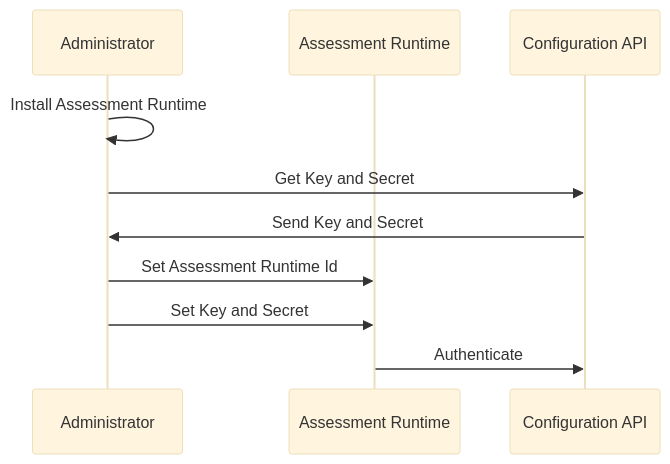
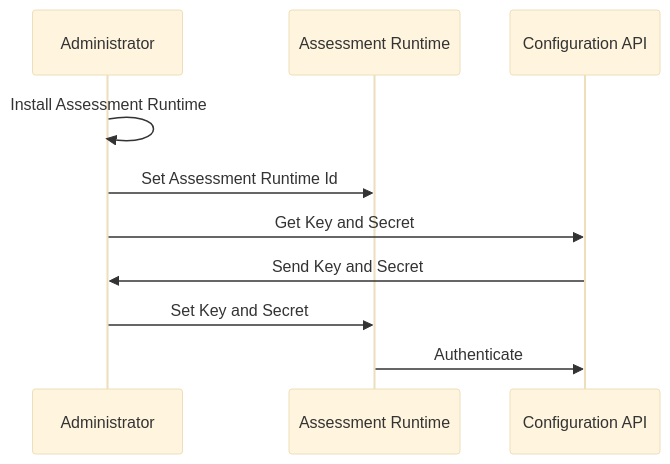
Before and after one commit to compliance-framework/docs: the diagram in docs/architecture/assessment-runtime/authentication.md, drawn with Mermaid (base theme). The commit also changed other lines of this file and 4 other files, not shown here.

````diff
--- a/docs/architecture/assessment-runtime/authentication.md
+++ b/docs/architecture/assessment-runtime/authentication.md
@@ -10,13 +10,13 @@
 ```mermaid
 sequenceDiagram
     participant Administrator
     participant Assessment Runtime
     participant Configuration API
 
     Administrator ->> Administrator: Install Assessment Runtime
+    Administrator ->> Assessment Runtime: Set Assessment Runtime Id
     Administrator ->> Configuration API: Get Key and Secret
     Configuration API ->> Administrator: Send Key and Secret
-    Administrator ->> Assessment Runtime: Set Assessment Runtime Id
     Administrator ->> Assessment Runtime: Set Key and Secret
     Assessment Runtime ->> Configuration API: Authenticate
 ```
````
